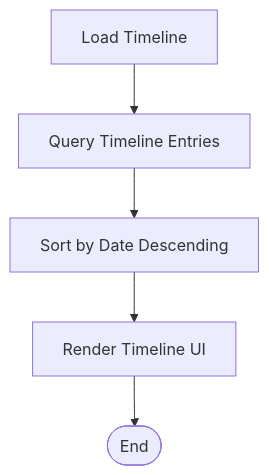
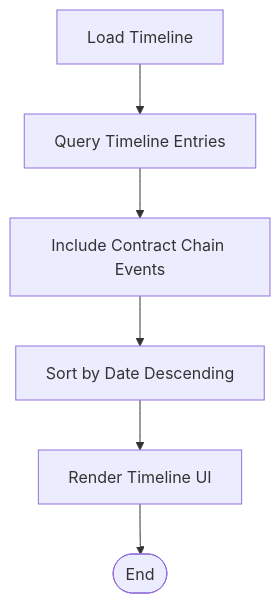
One commit to EdwinCycling/LiquidHR changed the sixth of 9 diagrams in .qoder/repowiki/en/content/Architecture Overview/Backend Architecture/Business Logic Layer/Core HR Business Logic/Employment Lifecycle Services.md. Above: the diagram before and after it, drawn with Mermaid. The commit also changed other lines of this file and 73 other files, not shown here.

````diff
--- a/.qoder/repowiki/en/content/Architecture Overview/Backend Architecture/Business Logic Layer/Core HR Business Logic/Employment Lifecycle Services.md
+++ b/.qoder/repowiki/en/content/Architecture Overview/Backend Architecture/Business Logic Layer/Core HR Business Logic/Employment Lifecycle Services.md
@@ -291,7 +329,8 @@
 ```mermaid
 flowchart TD
 LoadTimeline["Load Timeline"] --> QueryEntries["Query Timeline Entries"]
-QueryEntries --> SortByDate["Sort by Date Descending"]
+QueryEntries --> IncludeContractChain["Include Contract Chain Events"]
+IncludeContractChain --> SortByDate["Sort by Date Descending"]
 SortByDate --> RenderUI["Render Timeline UI"]
 RenderUI --> End(["End"])
 ```
````
